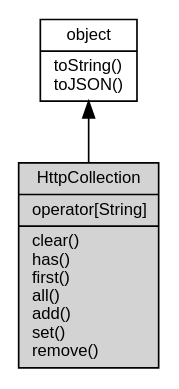
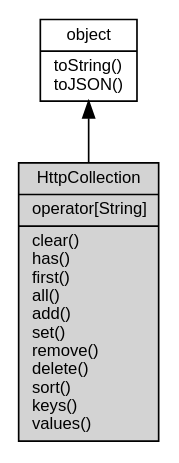
The diagram in docs/manual/object/ifs/HttpCollection.md (fibjs/fibjs.org), drawn with Graphviz before and after one commit. The commit also changed other lines of this file and 216 other files, not shown here.

````diff
--- a/docs/manual/object/ifs/HttpCollection.md
+++ b/docs/manual/object/ifs/HttpCollection.md
@@ -5,10 +5,10 @@
 ```dot
 digraph {
     node [fontname="Helvetica,sans-Serif", fontsize=10, shape="record", style="filled", fillcolor="white"];
 
     object [tooltip="object", URL="object.md", label="{object|toString()\ltoJSON()\l}"];
-    HttpCollection [tooltip="HttpCollection", fillcolor="lightgray", id="me", label="{HttpCollection|operator[String]\l|clear()\lhas()\lfirst()\lall()\ladd()\lset()\lremove()\l}"];
+    HttpCollection [tooltip="HttpCollection", fillcolor="lightgray", id="me", label="{HttpCollection|operator[String]\l|clear()\lhas()\lfirst()\lall()\ladd()\lset()\lremove()\ldelete()\lsort()\lkeys()\lvalues()\l}"];
 
     object -> HttpCollection [dir=back];
 }
 ```
````
